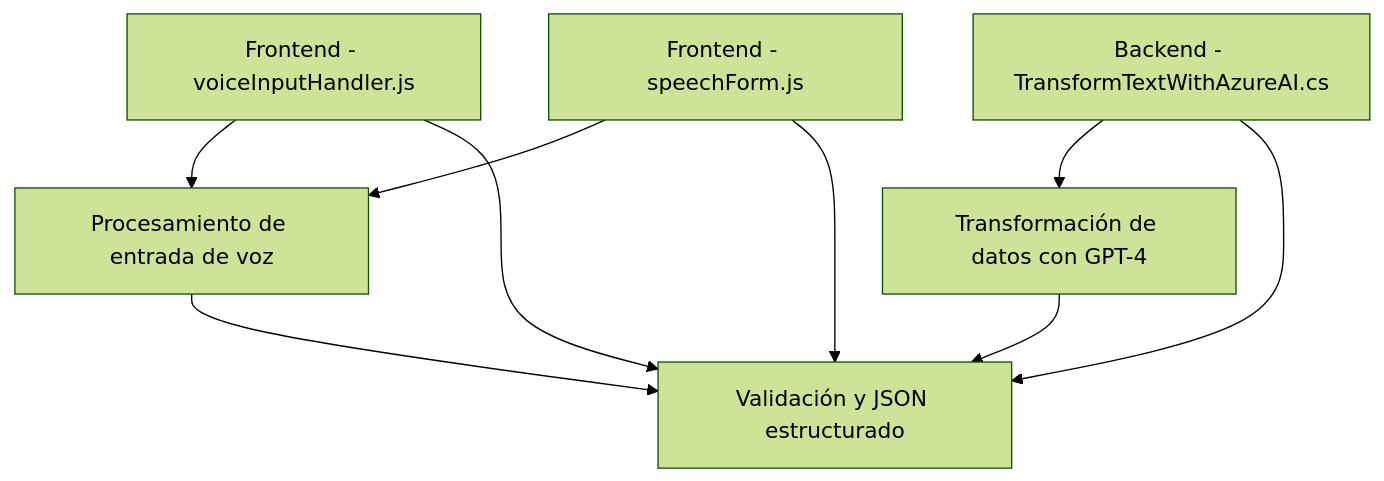
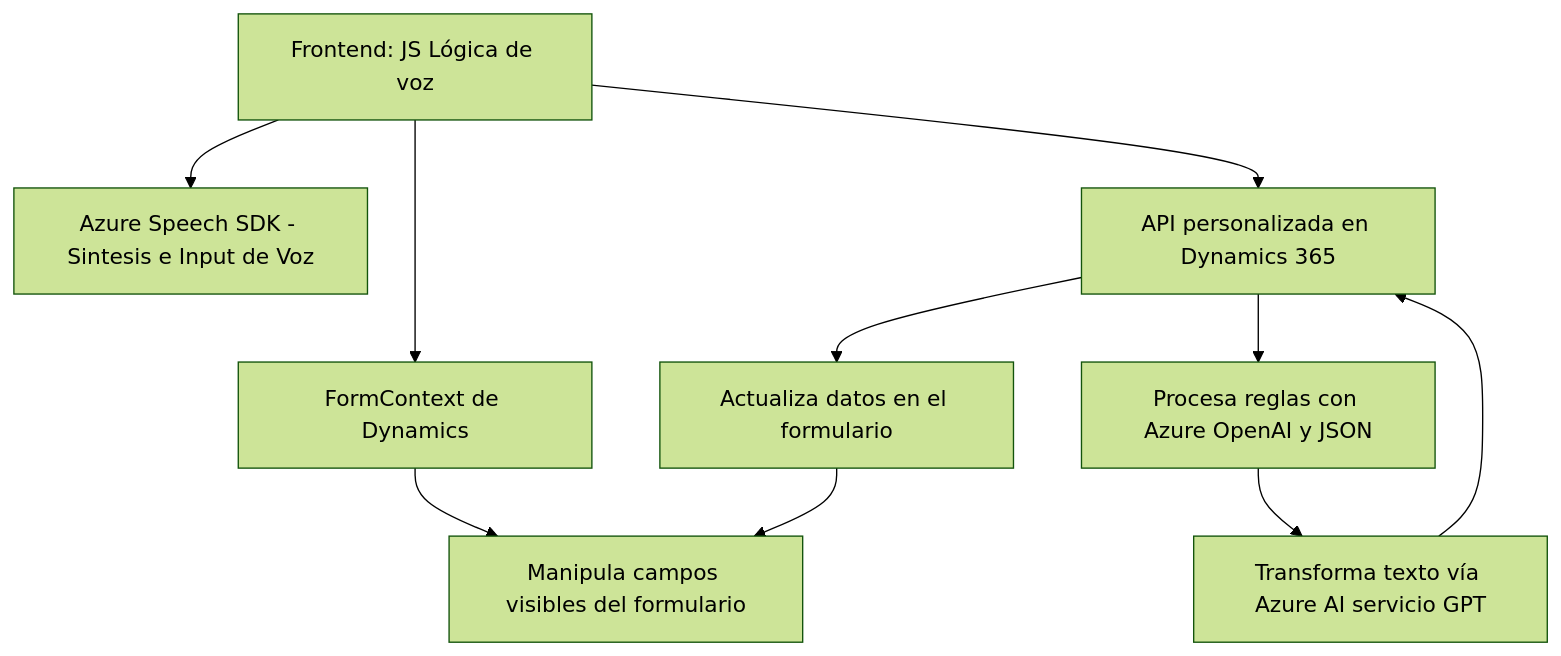
The diagram in README.md (blopezdm/NETCORE_BILBAO2025), drawn with Mermaid (forest theme) before and after one commit. The commit also changed other lines of this file, not shown here.

Commit message:
Actualizar análisis global de la solución con IA

````diff
--- a/README.md
+++ b/README.md
@@ -41,18 +39,12 @@
 ```mermaid
 graph TD
-    A["Frontend - voiceInputHandler.js"]
-    B["Frontend - speechForm.js"]
-    C["Backend - TransformTextWithAzureAI.cs"]
-    D["Azure Speech SDK"]
-    E["Azure OpenAI Service"]
-    F["Dynamics CRM"]
-
-    A --> D["Reconocimiento de voz"]
-    A --> F["Interacción con atributos dinámicos"]
-    B --> D["Procesamiento de entrada de voz"]
-    B --> F["Manipulación de formularios y valores visibles"]
-    C --> E["Transformación de datos con GPT-4"]
-    C --> F["Plugin intercepta eventos"]
-    D --> F["Datos transformados en texto procesable"]
-    E --> F["Validación y JSON estructurado"]
+    A["Frontend: JS Lógica de voz"] --> B["Azure Speech SDK - Sintesis e Input de Voz"]
+    A --> C["FormContext de Dynamics"]
+    C --> D["Manipula campos visibles del formulario"]
+    A --> E["API personalizada en Dynamics 365"]
+    E --> F["Procesa reglas con Azure OpenAI y JSON"]
+    E --> G["Actualiza datos en el formulario"]
+    G --> D
+    F --> H["Transforma texto vía Azure AI servicio GPT"]
+    H --> E
 ```
````
